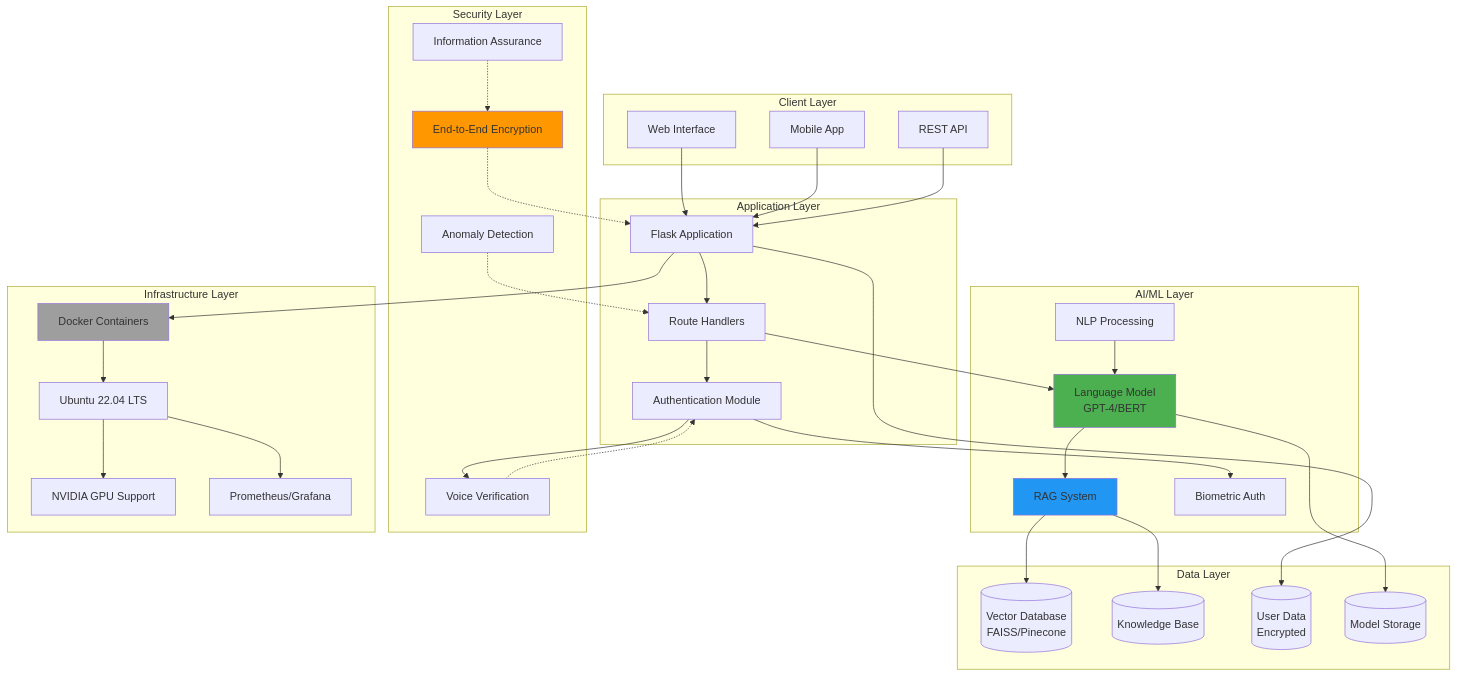
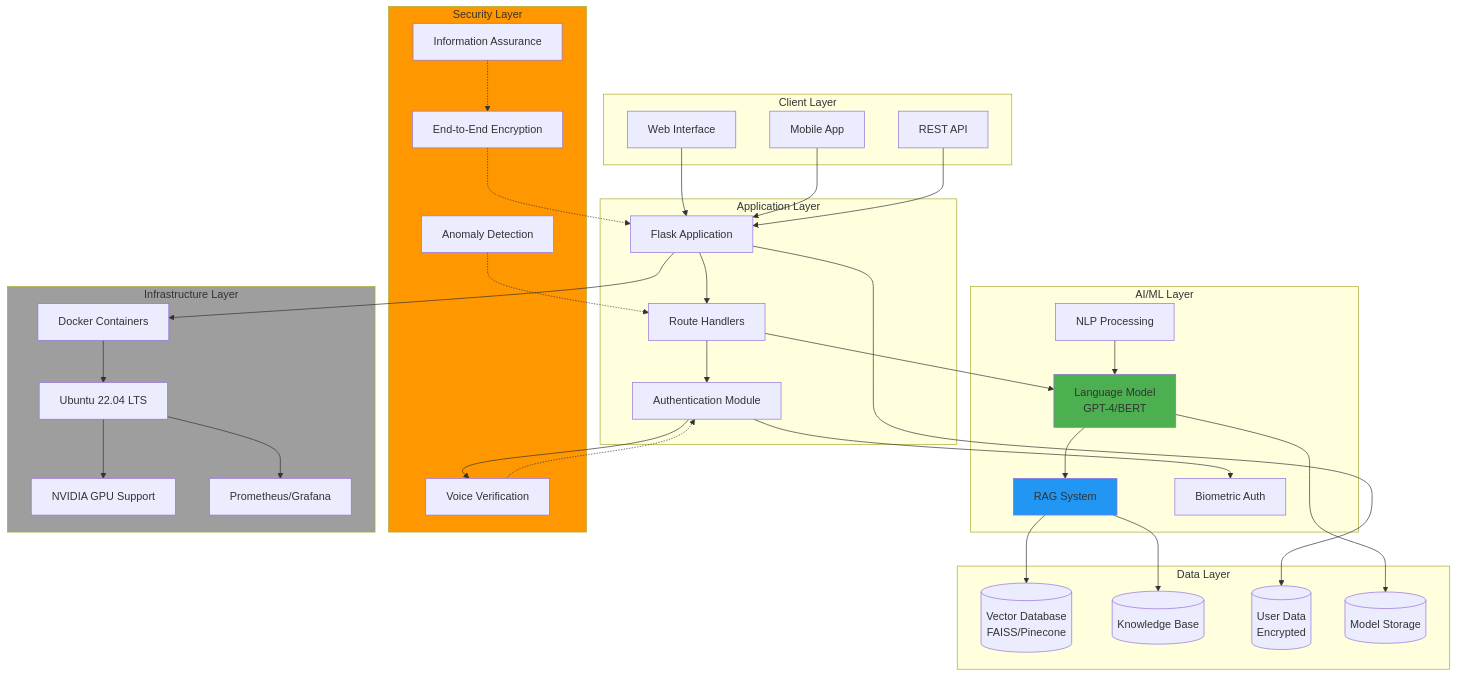
One commit to danindiana/PathfinderLM changed the first of 6 diagrams in README.md. Above: the diagram before and after it, drawn with Mermaid. The commit also changed other lines of this file, not shown here.

First line of the commit message:
Fix all mermaid diagram subgraph syntax for GitHub rendering

````diff
--- a/README.md
+++ b/README.md
@@ -37,72 +37,72 @@
 ```mermaid
 graph TB
-    subgraph "Client Layer"
+    subgraph ClientLayer["Client Layer"]
         WebUI[Web Interface]
         MobileUI[Mobile App]
         API[REST API]
     end
 
-    subgraph "Application Layer"
+    subgraph ApplicationLayer["Application Layer"]
         Flask[Flask Application]
         Routes[Route Handlers]
         Auth[Authentication Module]
     end
 
-    subgraph "AI/ML Layer"
+    subgraph AIMLLayer["AI/ML Layer"]
         LM[Language Model<br/>GPT-4/BERT]
         RAG[RAG System]
         NLP[NLP Processing]
         Biometric[Biometric Auth]
     end
 
-    subgraph "Data Layer"
+    subgraph DataLayer["Data Layer"]
         VectorDB[(Vector Database<br/>FAISS/Pinecone)]
         KnowledgeBase[(Knowledge Base)]
         UserData[(User Data<br/>Encrypted)]
         Models[(Model Storage)]
     end
 
-    subgraph "Security Layer"
+    subgraph SecurityLayer["Security Layer"]
         Encryption[End-to-End Encryption]
         VoiceVerif[Voice Verification]
         Anomaly[Anomaly Detection]
         IAFramework[Information Assurance]
     end
 
-    subgraph "Infrastructure Layer"
+    subgraph InfrastructureLayer["Infrastructure Layer"]
         Docker[Docker Containers]
         Ubuntu[Ubuntu 22.04 LTS]
         GPU[NVIDIA GPU Support]
         Monitor[Prometheus/Grafana]
     end
 
     WebUI --> Flask
     MobileUI --> Flask
     API --> Flask
     Flask --> Routes
     Routes --> Auth
     Routes --> LM
     LM --> RAG
     RAG --> VectorDB
     RAG --> KnowledgeBase
     NLP --> LM
     Auth --> Biometric
     Auth --> VoiceVerif
     Flask --> UserData
     LM --> Models
 
     Encryption -.-> Flask
     VoiceVerif -.-> Auth
     Anomaly -.-> Routes
     IAFramework -.-> Encryption
 
     Flask --> Docker
     Docker --> Ubuntu
     Ubuntu --> GPU
     Ubuntu --> Monitor
 
     style LM fill:#4CAF50
     style RAG fill:#2196F3
-    style Encryption fill:#FF9800
-    style Docker fill:#9E9E9E
+    style SecurityLayer fill:#FF9800
+    style InfrastructureLayer fill:#9E9E9E
 ```
````
